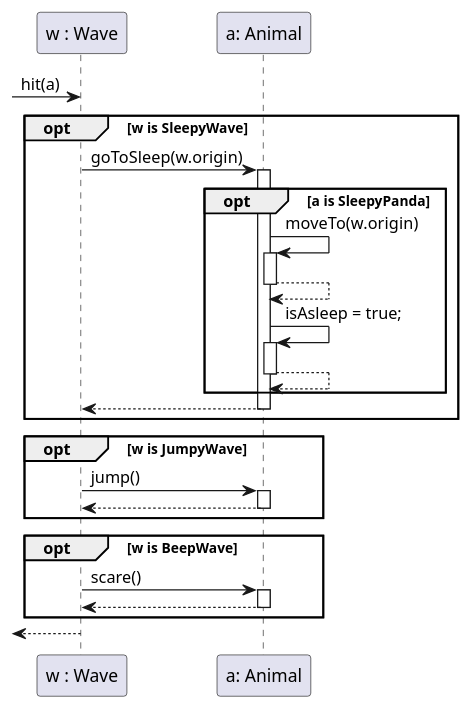
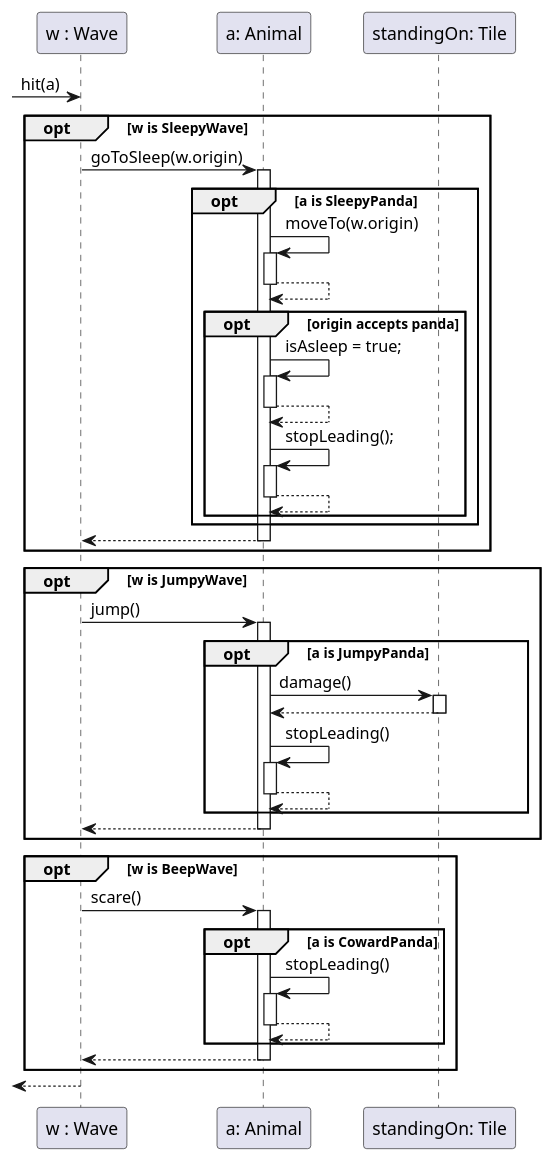
The diagram in 3-analysis-modell/java/src/main/plantuml/SequenceDiagram_Wave_Hits.puml (bokovhu/software-project-laboratory-assignment), drawn with PlantUML before and after one commit. The commit also changed 8 other files, not shown here.

```diff
--- a/3-analysis-modell/java/src/main/plantuml/SequenceDiagram_Wave_Hits.puml
+++ b/3-analysis-modell/java/src/main/plantuml/SequenceDiagram_Wave_Hits.puml
@@ -1,37 +1,51 @@
 @startuml
 
 skinparam classAttributeIconSize 0
 skinparam guillemet false
 
 
 participant "w : Wave" as w
 
 participant "a: Animal" as a
+participant "standingOn: Tile" as standingOn
 [->w: hit(a)
 
 opt w is SleepyWave
 w->a ++: goToSleep(w.origin)
 opt a is SleepyPanda
 a->a++: moveTo(w.origin)
 
 a-->a --
-
+opt origin accepts panda
 a->a ++: isAsleep = true;
 a-->a --
+a->a ++: stopLeading();
+a-->a --
+end
 end
 a-->w --
 end
 
 opt w is JumpyWave
 w->a ++: jump()
+opt a is JumpyPanda
+a->standingOn ++: damage()
+standingOn-->a --
+a->a ++: stopLeading()
+a -->a --
+end
 a-->w --
 end
 
 opt w is BeepWave
 w->a ++: scare()
+opt a is CowardPanda
+a->a ++ : stopLeading()
+a-->a --
+end
 a-->w --
 end
 
 [<-- w
 
 @enduml
```
